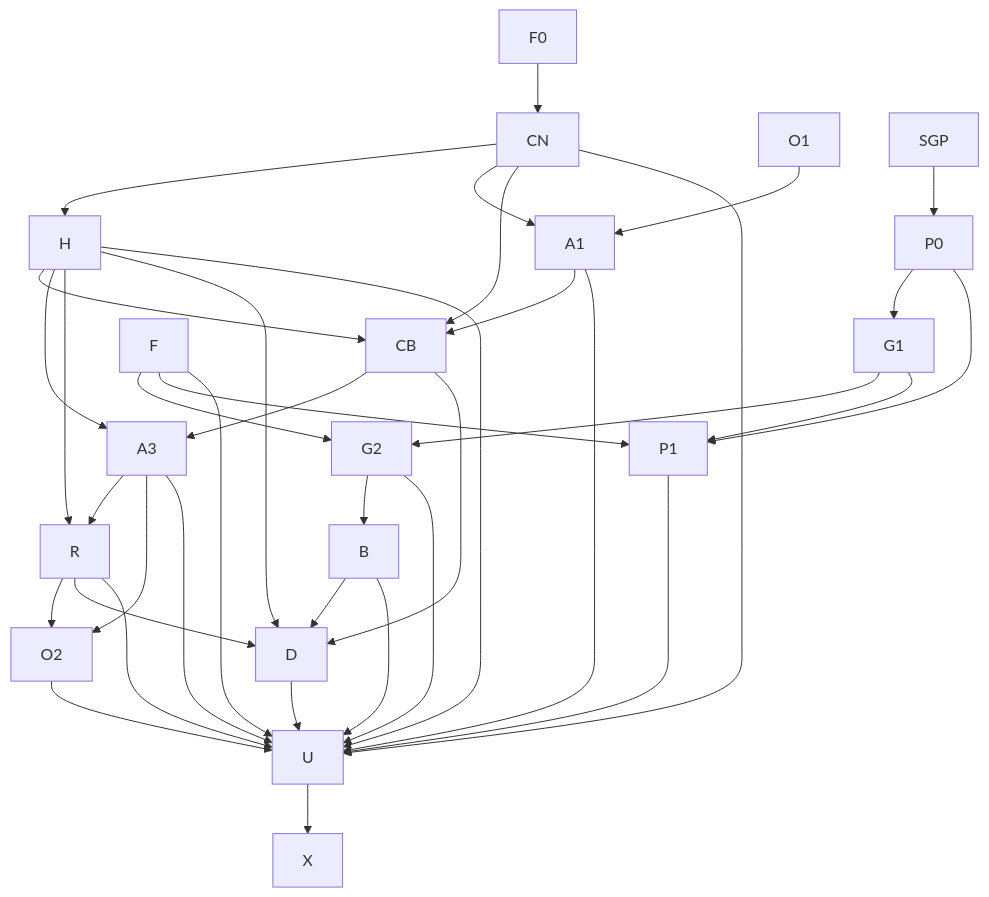
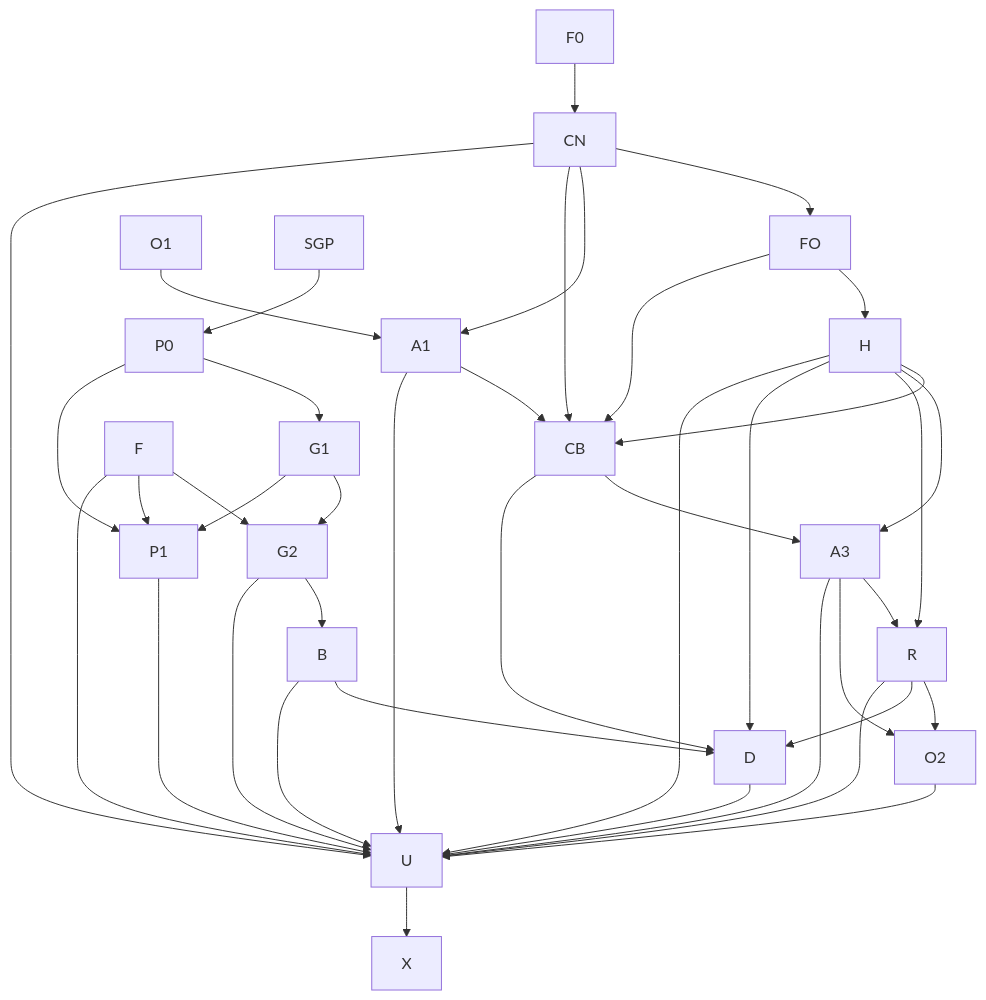
Before and after one commit to OmertaDev/Omerta: the diagram in docs/superpowers/plans/2026-08-26-grill-completion-umbrella.md, drawn with Mermaid. The commit also changed other lines of this file and 1 other file, not shown here.

````diff
--- a/docs/superpowers/plans/2026-08-26-grill-completion-umbrella.md
+++ b/docs/superpowers/plans/2026-08-26-grill-completion-umbrella.md
@@ -104,40 +110,42 @@
 ```mermaid
 flowchart TD
   F0 --> CN
-  CN --> H
+  CN --> FO
+  FO --> H
   O1 --> A1
   CN --> A1
   CN --> CB
+  FO --> CB
   H --> CB
   A1 --> CB
   CB --> A3
   H --> A3
   A3 --> R
   H --> R
   A3 --> O2
   R --> O2
   SGP --> P0
   P0 --> G1
   G1 --> G2
   F --> G2
   G2 --> B
   G1 --> P1
   P0 --> P1
   F --> P1
   CB --> D
   H --> D
   R --> D
   B --> D
   CN --> U
   H --> U
   A1 --> U
   A3 --> U
   R --> U
   O2 --> U
   G2 --> U
   B --> U
   P1 --> U
   D --> U
   F --> U
   U --> X
 ```
````
